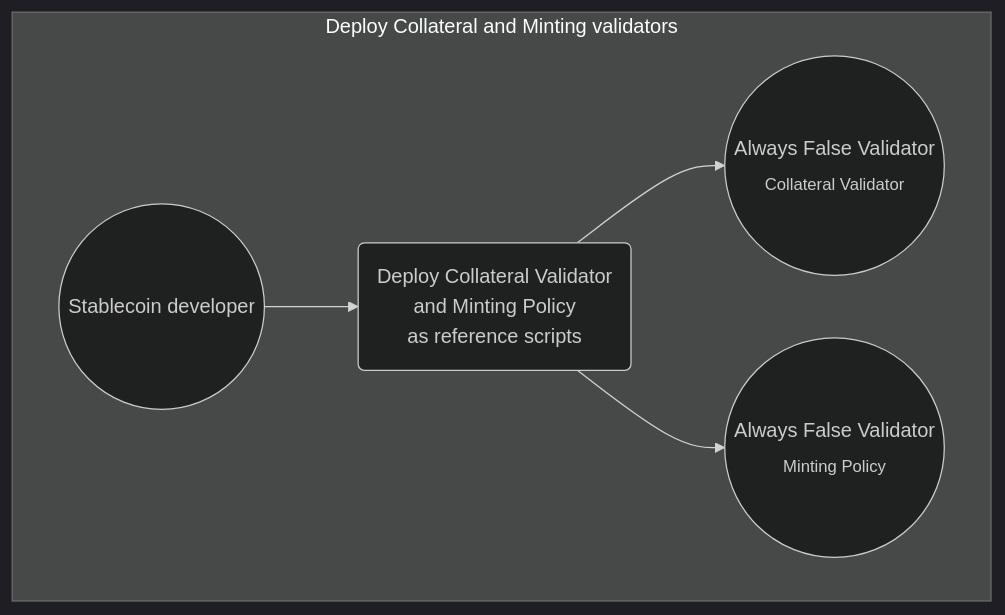
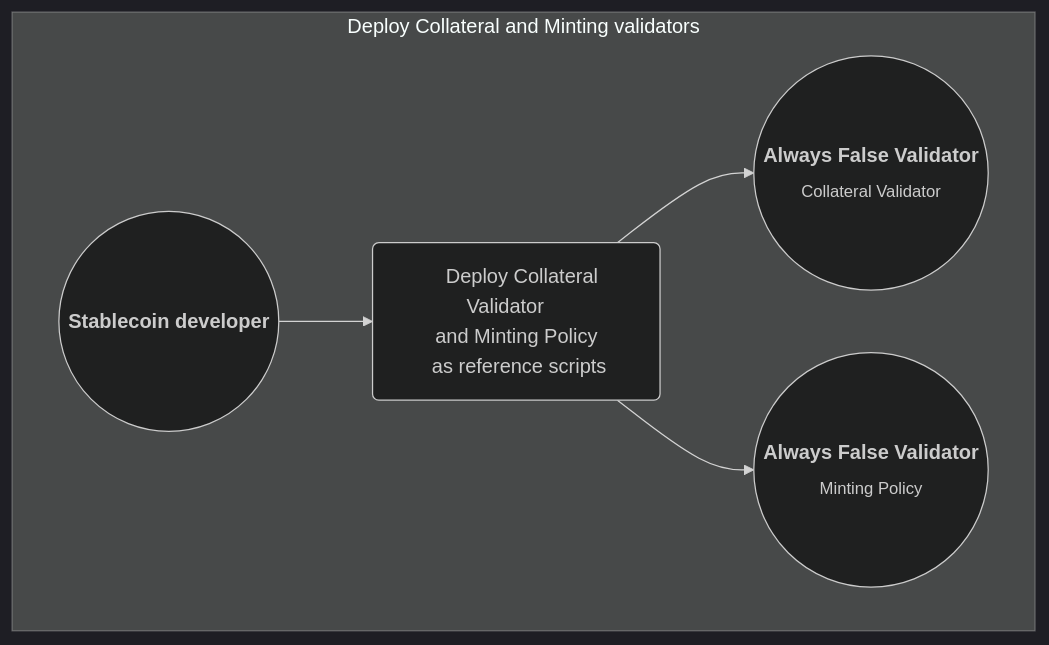
The second of 7 diagrams in code/Week09/README.md (input-output-hk/plutus-pioneer-program), drawn with Mermaid (dark theme) before and after one commit. The commit also changed other lines of this file, not shown here.

Commit message:
Fixed weird diagram rendering in GitHub

````diff
--- a/code/Week09/README.md
+++ b/code/Week09/README.md
@@ -38,9 +37,9 @@
 ```mermaid
 flowchart LR
     subgraph Deploy [Deploy Collateral and Minting validators]
     direction LR
-    A1((Stablecoin developer)) --> A7(Deploy Collateral Validator <br> and Minting Policy <br> as reference scripts)
-    A7 --> A8((Always False Validator <br> <sub>Collateral Validator</sub>))
-    A7 --> A9((Always False Validator <br> <sub>Minting Policy</sub>))
+    A1((<b>Stablecoin developer</b>)) --> A7(&#8199 Deploy Collateral Validator &#8199 <br> and Minting Policy <br> as reference scripts)
+    A7 --> A8((<b>Always False Validator</b> <br> <sub>Collateral Validator</sub>))
+    A7 --> A9((<b>Always False Validator</b> <br> <sub>Minting Policy</sub>))
     end
 ```
````
